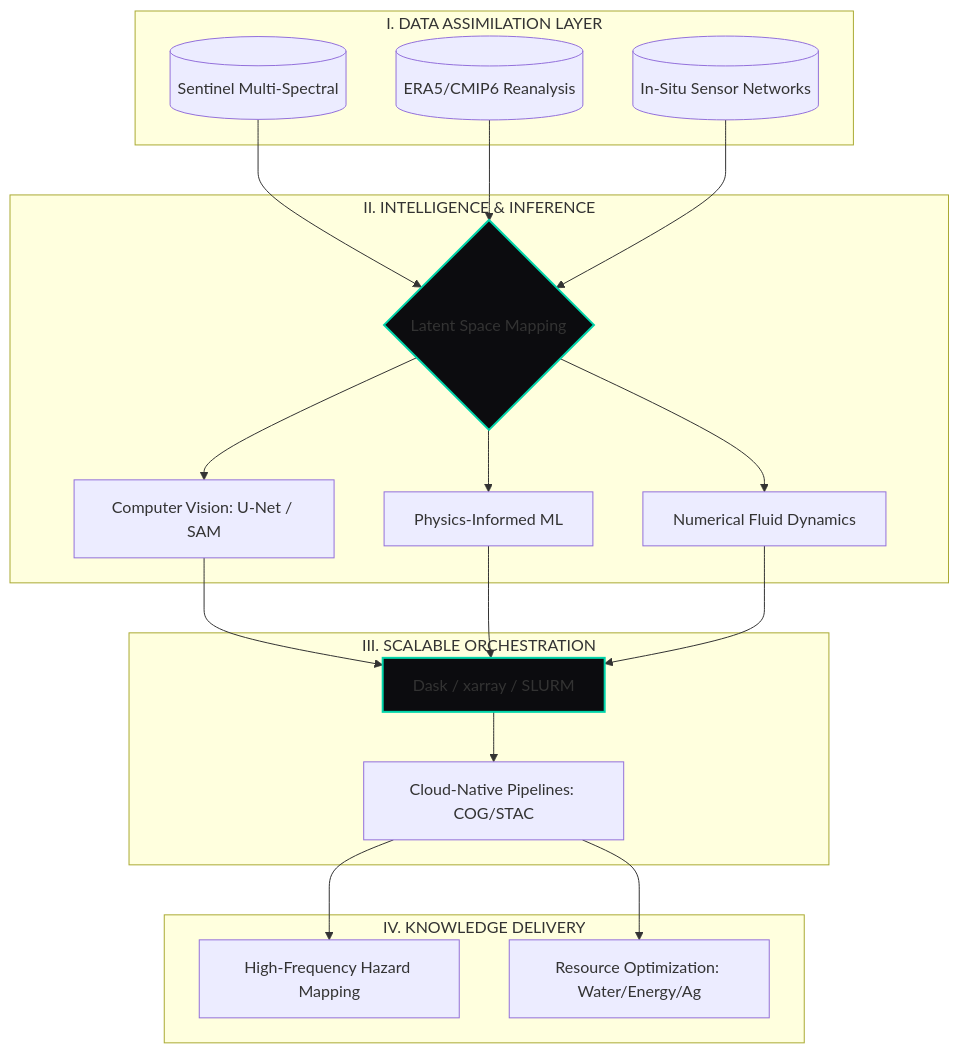
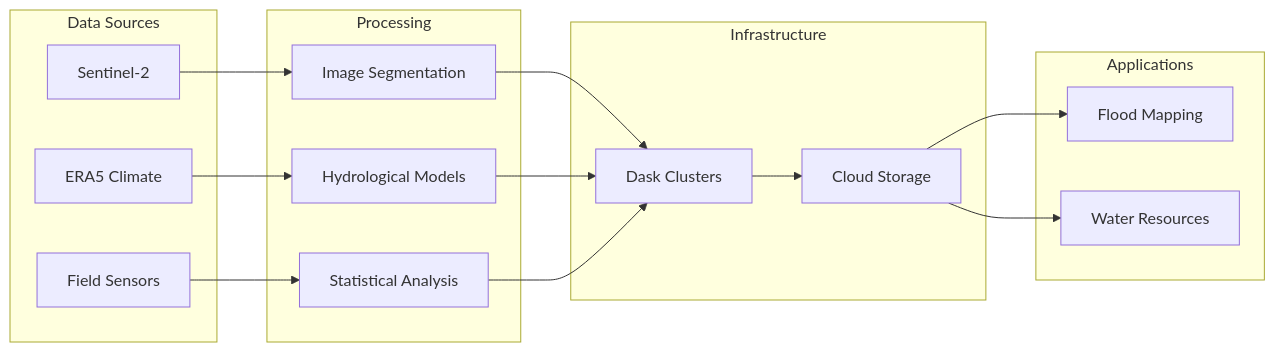
The diagram in README.md (BadibossPy/BadibossPy), drawn with Mermaid before and after one commit. The commit also changed other lines of this file, not shown here.

Commit message:
Refine README: remove AI buzzwords, fix graph overlaps, add authentic content

````diff
--- a/README.md
+++ b/README.md
@@ -14,34 +14,34 @@
 ```mermaid
-graph TD
-    subgraph "I. DATA ASSIMILATION LAYER"
-        A1[(Sentinel Multi-Spectral)]
-        A2[(ERA5/CMIP6 Reanalysis)]
-        A3[(In-Situ Sensor Networks)]
+graph LR
+    subgraph Data["Data Sources"]
+        A1[Sentinel-2]
+        A2[ERA5 Climate]
+        A3[Field Sensors]
     end
 
-    subgraph "II. INTELLIGENCE & INFERENCE"
-        B1{Latent Space Mapping}
-        B2[Computer Vision: U-Net / SAM]
-        B3[Physics-Informed ML]
-        B4[Numerical Fluid Dynamics]
+    subgraph Process["Processing"]
+        B1[Image Segmentation]
+        B2[Hydrological Models]
+        B3[Statistical Analysis]
     end
 
-    subgraph "III. SCALABLE ORCHESTRATION"
-        C1[Dask / xarray / SLURM]
-        C2[Cloud-Native Pipelines: COG/STAC]
+    subgraph Infra["Infrastructure"]
+        C1[Dask Clusters]
+        C2[Cloud Storage]
     end
 
-    subgraph "IV. KNOWLEDGE DELIVERY"
-        D1[High-Frequency Hazard Mapping]
-        D2[Resource Optimization: Water/Energy/Ag]
+    subgraph Output["Applications"]
+        D1[Flood Mapping]
+        D2[Water Resources]
     end
 
-    A1 & A2 & A3 --> B1
-    B1 --> B2 & B3 & B4
-    B2 & B3 & B4 --> C1
+    A1 --> B1
+    A2 --> B2
+    A3 --> B3
+    B1 --> C1
+    B2 --> C1
+    B3 --> C1
     C1 --> C2
-    C2 --> D1 & D2
-
-    style B1 fill:#0c0c0f,stroke:#00d4aa,stroke-width:2px;
-    style C1 fill:#0c0c0f,stroke:#00d4aa,stroke-width:2px;
+    C2 --> D1
+    C2 --> D2
 ```
````
